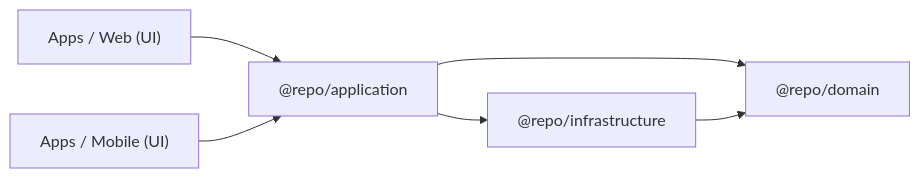
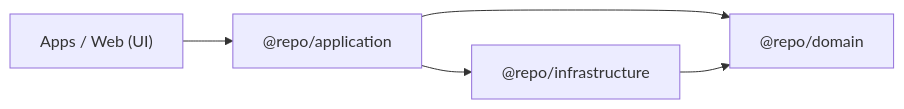
The diagram in docs/architecture/overview.en.md (LeoVitale/vita-product-boilerplate), drawn with Mermaid before and after one commit. The commit also changed other lines of this file and 40 other files, not shown here.

First line of the commit message:
chore: remove mobile app

````diff
--- a/docs/architecture/overview.en.md
+++ b/docs/architecture/overview.en.md
@@ -30,8 +30,7 @@
 ```mermaid
 graph LR
   Web["Apps / Web (UI)"] --> App["@repo/application"]
-  Mobile["Apps / Mobile (UI)"] --> App
   App --> Domain["@repo/domain"]
   Infra["@repo/infrastructure"] --> Domain
   App --> Infra
 ```
````
